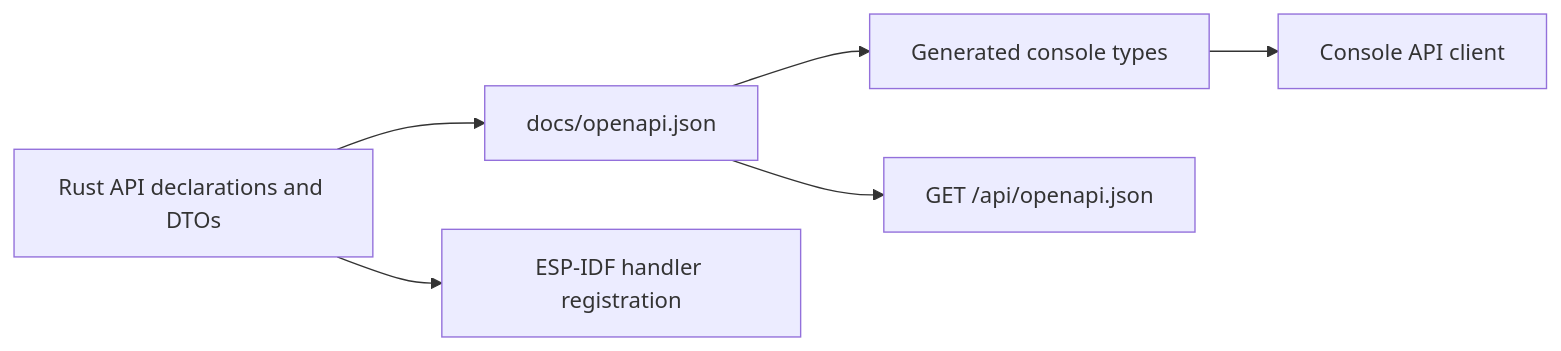
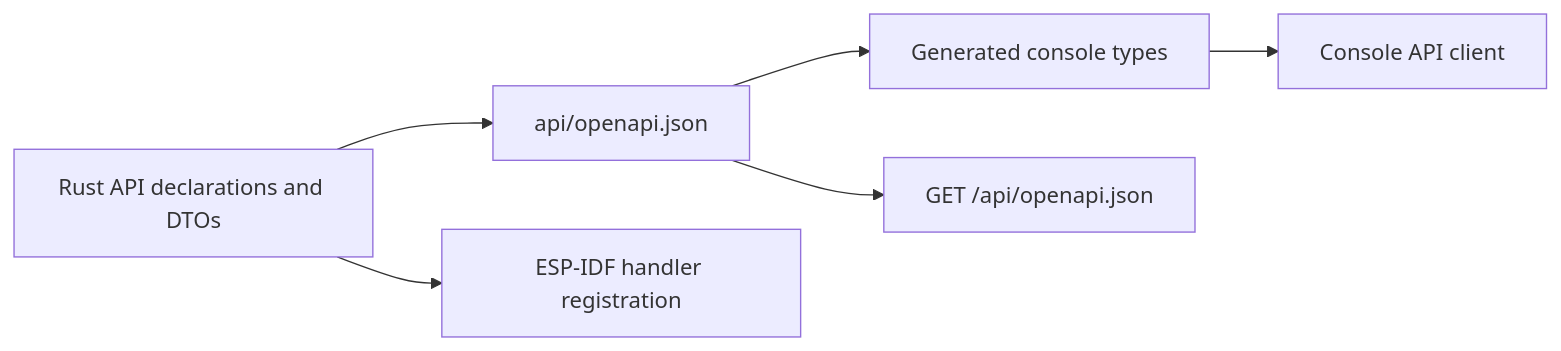
One commit to lutyjj/esp32-streamline changed the second of 2 diagrams in docs/architecture.md. Above: the diagram before and after it, drawn with Mermaid. The commit also changed other lines of this file and 87 other files, not shown here.

````diff
--- a/docs/architecture.md
+++ b/docs/architecture.md
@@ -110,8 +115,8 @@
 ```mermaid
 flowchart LR
-  rust["Rust API declarations and DTOs"] --> spec["docs/openapi.json"]
+  rust["Rust API declarations and DTOs"] --> spec["api/openapi.json"]
   rust --> server["ESP-IDF handler registration"]
   spec --> types["Generated console types"]
   types --> ui["Console API client"]
   spec --> device["GET /api/openapi.json"]
 ```
````
